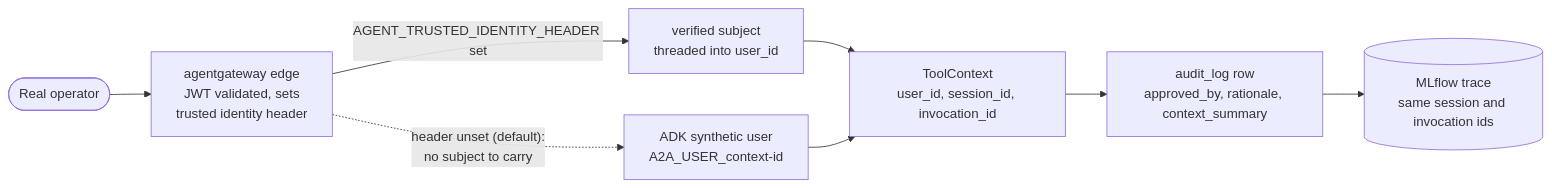
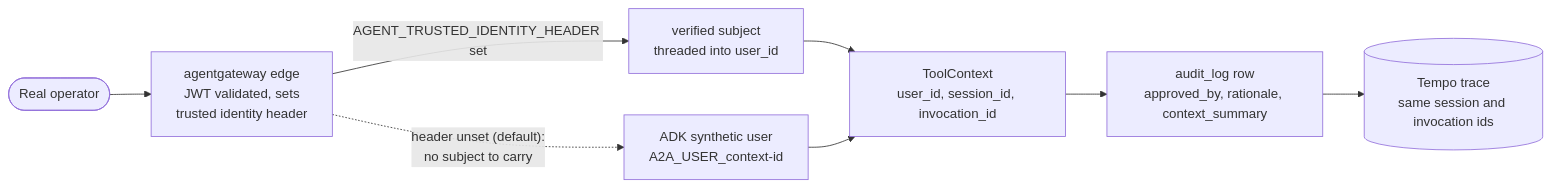
Before and after one commit to LuiGGi629/agentops-open-course: the diagram in content/7. Observability/7.6. Governance.md, drawn with Mermaid. The commit also changed other lines of this file and 88 other files, not shown here.

First line of the commit message:
refactor: send traces to Tempo and take MLflow out of the online path

````diff
--- a/content/7. Observability/7.6. Governance.md
+++ b/content/7. Observability/7.6. Governance.md
@@ -36,10 +36,10 @@
 ```mermaid
 flowchart LR
     Person([Real operator]) --> Edge["agentgateway edge<br/>JWT validated, sets<br/>trusted identity header"]
     Edge -->|"AGENT_TRUSTED_IDENTITY_HEADER set"| Verified["verified subject<br/>threaded into user_id"]
     Edge -. "header unset (default):<br/>no subject to carry" .-> Synth["ADK synthetic user<br/>A2A_USER_context-id"]
     Verified --> Ctx
     Synth --> Ctx["ToolContext<br/>user_id, session_id, invocation_id"]
     Ctx --> Row["audit_log row<br/>approved_by, rationale, context_summary"]
-    Row --> Trace[("MLflow trace<br/>same session and invocation ids")]
+    Row --> Trace[("Tempo trace<br/>same session and invocation ids")]
 ```
````
